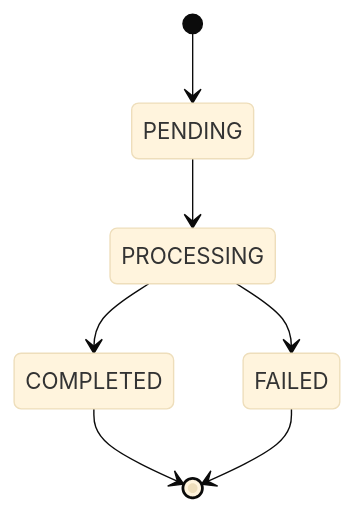
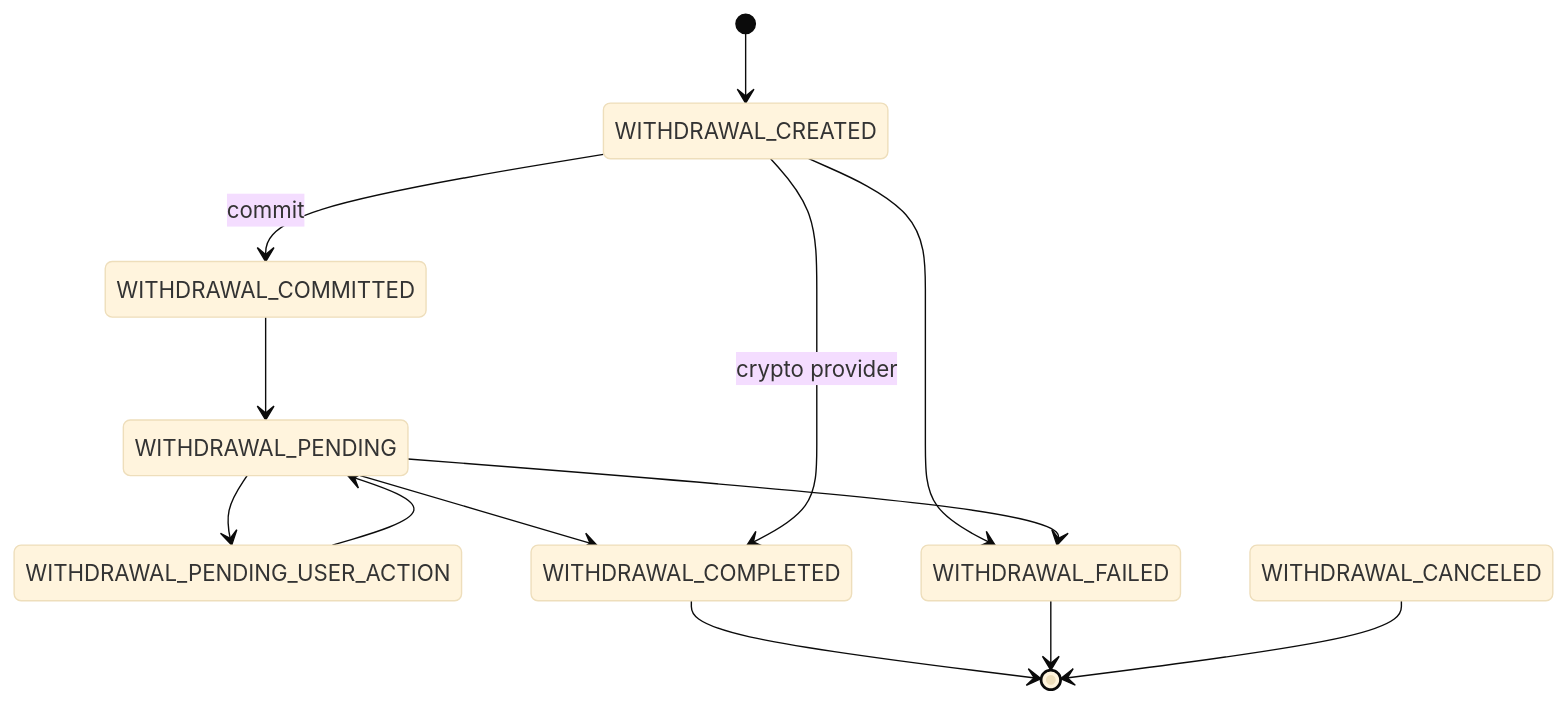
Before and after one commit to Chinko21/offer-hub-monorepo: the diagram in content/docs/guide/withdrawals.mdx, drawn with Mermaid (base theme). The commit also changed other lines of this file, not shown here.

Commit message:
docs(api): document withdrawal endpoints (#1641)

````diff
--- a/content/docs/guide/withdrawals.mdx
+++ b/content/docs/guide/withdrawals.mdx
@@ -25,9 +22,15 @@
 ```mermaid
 stateDiagram-v2
-    [*] --> PENDING
-    PENDING --> PROCESSING
-    PROCESSING --> COMPLETED
-    PROCESSING --> FAILED
-    COMPLETED --> [*]
-    FAILED --> [*]
+    [*] --> WITHDRAWAL_CREATED
+    WITHDRAWAL_CREATED --> WITHDRAWAL_COMMITTED: commit
+    WITHDRAWAL_COMMITTED --> WITHDRAWAL_PENDING
+    WITHDRAWAL_PENDING --> WITHDRAWAL_PENDING_USER_ACTION
+    WITHDRAWAL_PENDING --> WITHDRAWAL_COMPLETED
+    WITHDRAWAL_PENDING_USER_ACTION --> WITHDRAWAL_PENDING
+    WITHDRAWAL_CREATED --> WITHDRAWAL_COMPLETED: crypto provider
+    WITHDRAWAL_CREATED --> WITHDRAWAL_FAILED
+    WITHDRAWAL_PENDING --> WITHDRAWAL_FAILED
+    WITHDRAWAL_COMPLETED --> [*]
+    WITHDRAWAL_FAILED --> [*]
+    WITHDRAWAL_CANCELED --> [*]
 ```
````
